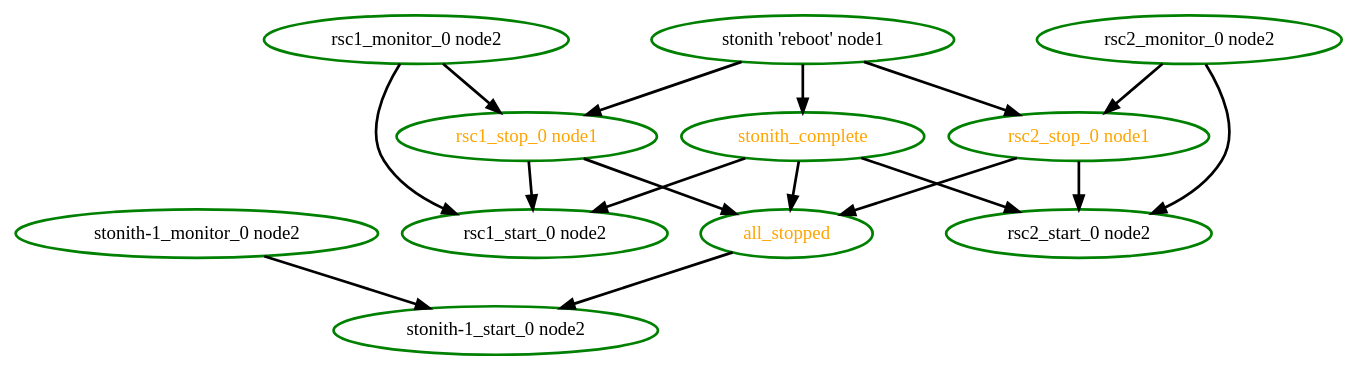
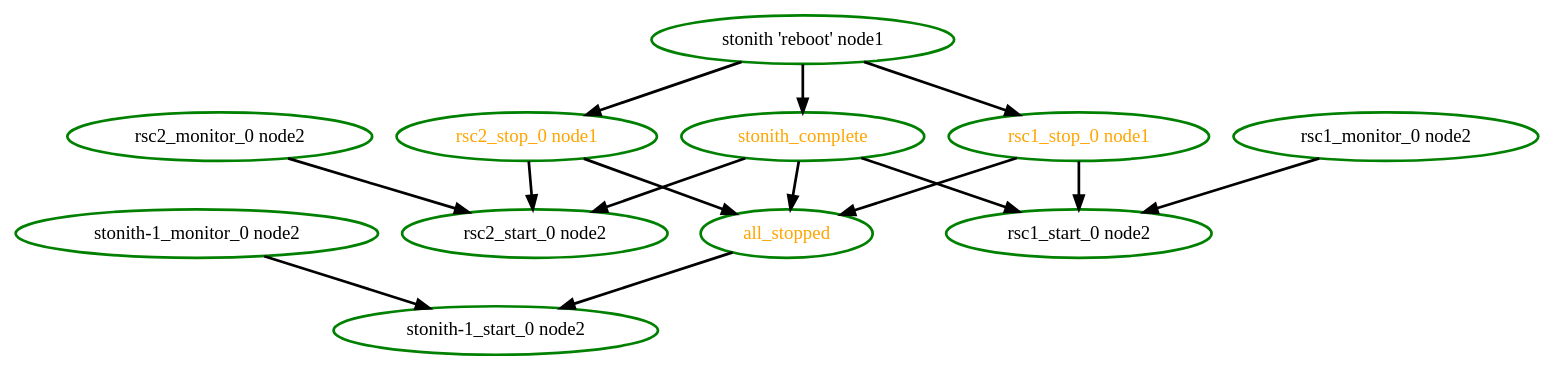
The diagram in src/pengine/test10/rec-node-6.dot (eurolinux-enterprise-linux-sources/pacemaker), drawn with Graphviz before and after one commit. The commit also changed 1973 other files, not shown here.

```diff
--- a/src/pengine/test10/rec-node-6.dot
+++ b/src/pengine/test10/rec-node-6.dot
@@ -1,29 +1,27 @@
 digraph "g" {
 "all_stopped" -> "stonith-1_start_0 node2" [ style = bold]
 "all_stopped" [ style=bold color="green" fontcolor="orange" ]
 "rsc1_monitor_0 node2" -> "rsc1_start_0 node2" [ style = bold]
-"rsc1_monitor_0 node2" -> "rsc1_stop_0 node1" [ style = bold]
 "rsc1_monitor_0 node2" [ style=bold color="green" fontcolor="black" ]
 "rsc1_start_0 node2" [ style=bold color="green" fontcolor="black" ]
 "rsc1_stop_0 node1" -> "all_stopped" [ style = bold]
 "rsc1_stop_0 node1" -> "rsc1_start_0 node2" [ style = bold]
 "rsc1_stop_0 node1" [ style=bold color="green" fontcolor="orange" ]
 "rsc2_monitor_0 node2" -> "rsc2_start_0 node2" [ style = bold]
-"rsc2_monitor_0 node2" -> "rsc2_stop_0 node1" [ style = bold]
 "rsc2_monitor_0 node2" [ style=bold color="green" fontcolor="black" ]
 "rsc2_start_0 node2" [ style=bold color="green" fontcolor="black" ]
 "rsc2_stop_0 node1" -> "all_stopped" [ style = bold]
 "rsc2_stop_0 node1" -> "rsc2_start_0 node2" [ style = bold]
 "rsc2_stop_0 node1" [ style=bold color="green" fontcolor="orange" ]
 "stonith 'reboot' node1" -> "rsc1_stop_0 node1" [ style = bold]
 "stonith 'reboot' node1" -> "rsc2_stop_0 node1" [ style = bold]
 "stonith 'reboot' node1" -> "stonith_complete" [ style = bold]
 "stonith 'reboot' node1" [ style=bold color="green" fontcolor="black"]
 "stonith-1_monitor_0 node2" -> "stonith-1_start_0 node2" [ style = bold]
 "stonith-1_monitor_0 node2" [ style=bold color="green" fontcolor="black" ]
 "stonith-1_start_0 node2" [ style=bold color="green" fontcolor="black" ]
 "stonith_complete" -> "all_stopped" [ style = bold]
 "stonith_complete" -> "rsc1_start_0 node2" [ style = bold]
 "stonith_complete" -> "rsc2_start_0 node2" [ style = bold]
 "stonith_complete" [ style=bold color="green" fontcolor="orange" ]
 }
```
